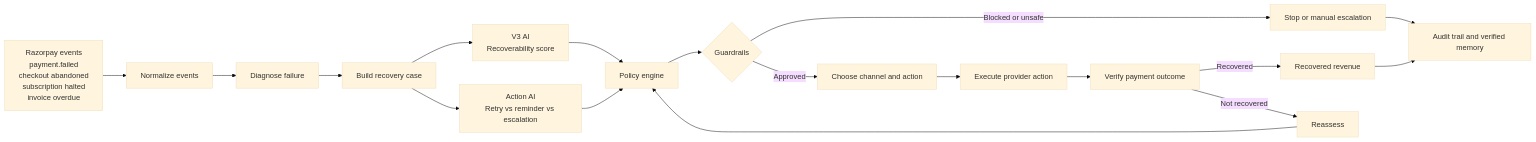
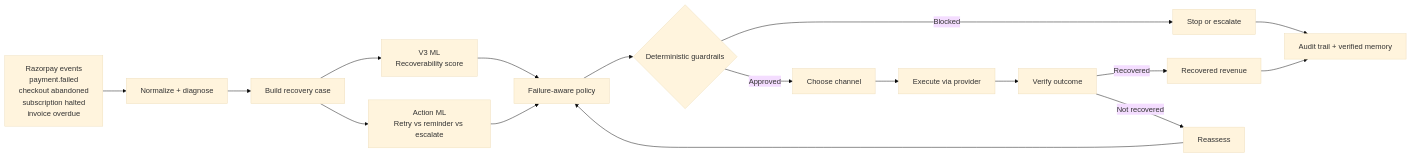
The first of 2 diagrams in readme.md (GHARSHASANDEEP/recoverAI), drawn with Mermaid (base theme) before and after one commit. The commit also changed other lines of this file and 21 other files, not shown here.

````diff
--- a/readme.md
+++ b/readme.md
@@ -139,20 +123,19 @@
 ```mermaid
 flowchart LR
-   A[Razorpay events<br/>payment.failed<br/>checkout abandoned<br/>subscription halted<br/>invoice overdue] --> B[Normalize events]
-   B --> C[Diagnose failure]
-   C --> D[Build recovery case]
-   D --> E[V3 AI<br/>Recoverability score]
-   D --> F[Action AI<br/>Retry vs reminder vs escalation]
-   E --> G[Policy engine]
-   F --> G
-   G --> H{Guardrails}
-   H -->|Blocked or unsafe| I[Stop or manual escalation]
-   H -->|Approved| J[Choose channel and action]
-   J --> K[Execute provider action]
-   K --> L[Verify payment outcome]
-   L -->|Recovered| M[Recovered revenue]
-   L -->|Not recovered| N[Reassess]
-   N --> G
-   M --> O[Audit trail and verified memory]
-   I --> O
+    A[Razorpay events<br/>payment.failed<br/>checkout abandoned<br/>subscription halted<br/>invoice overdue] --> B[Normalize + diagnose]
+    B --> C[Build recovery case]
+    C --> D[V3 ML<br/>Recoverability score]
+    C --> E[Action ML<br/>Retry vs reminder vs escalate]
+    D --> F[Failure-aware policy]
+    E --> F
+    F --> G{Deterministic guardrails}
+    G -->|Blocked| H[Stop or escalate]
+    G -->|Approved| I[Choose channel]
+    I --> J[Execute via provider]
+    J --> K[Verify outcome]
+    K -->|Recovered| L[Recovered revenue]
+    K -->|Not recovered| M[Reassess]
+    M --> F
+    L --> N[Audit trail + verified memory]
+    H --> N
 ```
````
